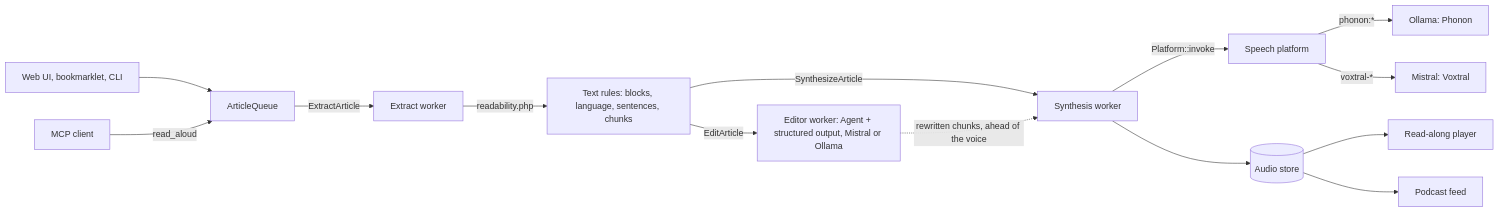
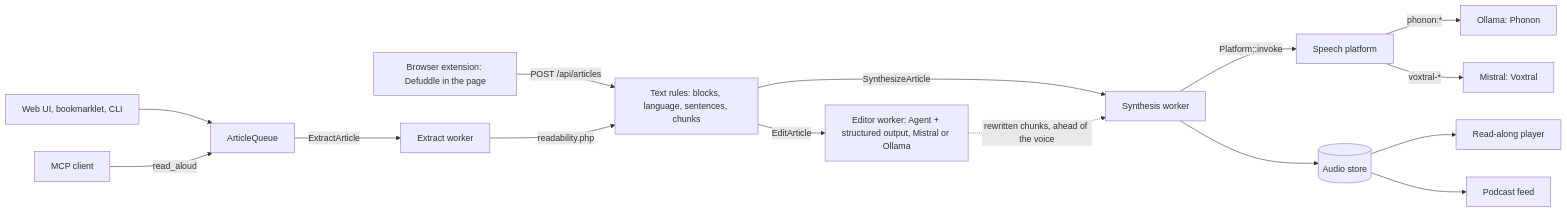
Before and after one commit to welcoMattic/crieur: the diagram in README.md, drawn with Mermaid. The commit also changed other lines of this file and 45 other files, not shown here.

First line of the commit message:
Add the browser extension for Chrome and Firefox

````diff
--- a/README.md
+++ b/README.md
@@ -129,16 +131,17 @@
 ```mermaid
 flowchart LR
     U[Web UI, bookmarklet, CLI] --> Q[ArticleQueue]
     M[MCP client] -->|read_aloud| Q
+    B[Browser extension: Defuddle in the page] -->|POST /api/articles| T
     Q -->|ExtractArticle| X[Extract worker]
     X -->|readability.php| T[Text rules: blocks, language, sentences, chunks]
     T -->|EditArticle| E[Editor worker: Agent + structured output, Mistral or Ollama]
     T -->|SynthesizeArticle| S[Synthesis worker]
     E -.->|rewritten chunks, ahead of the voice| S
     S -->|Platform::invoke| P[Speech platform]
     P -->|phonon:*| O[Ollama: Phonon]
     P -->|voxtral-*| V[Mistral: Voxtral]
     S --> A[(Audio store)]
     A --> PL[Read-along player]
     A --> F[Podcast feed]
 ```
````
